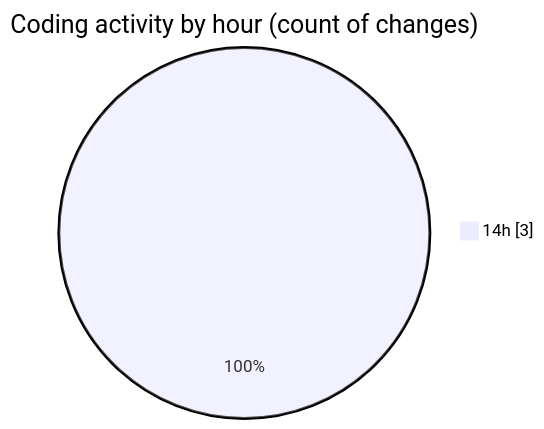
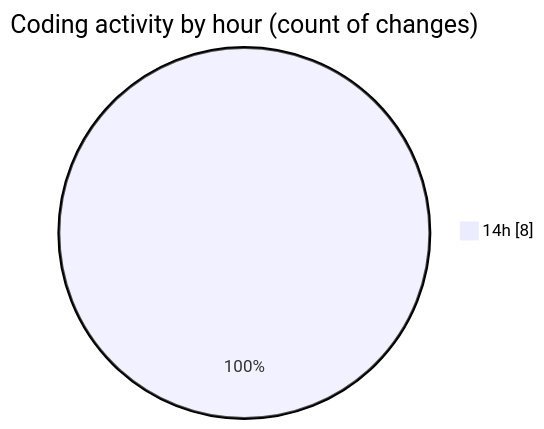
One commit to charlie-sans/code-tracking changed the second of 2 diagrams in 2025-02-20/masm/README.md. Above: the diagram before and after it, drawn with Mermaid. The commit also changed other lines of this file and 1 other file, not shown here.

````diff
--- a/2025-02-20/masm/README.md
+++ b/2025-02-20/masm/README.md
@@ -29,5 +30,5 @@
 ```mermaid
 pie showData
 title Coding activity by hour (count of changes)
-"14h" : 3
+"14h" : 8
 ```
````
